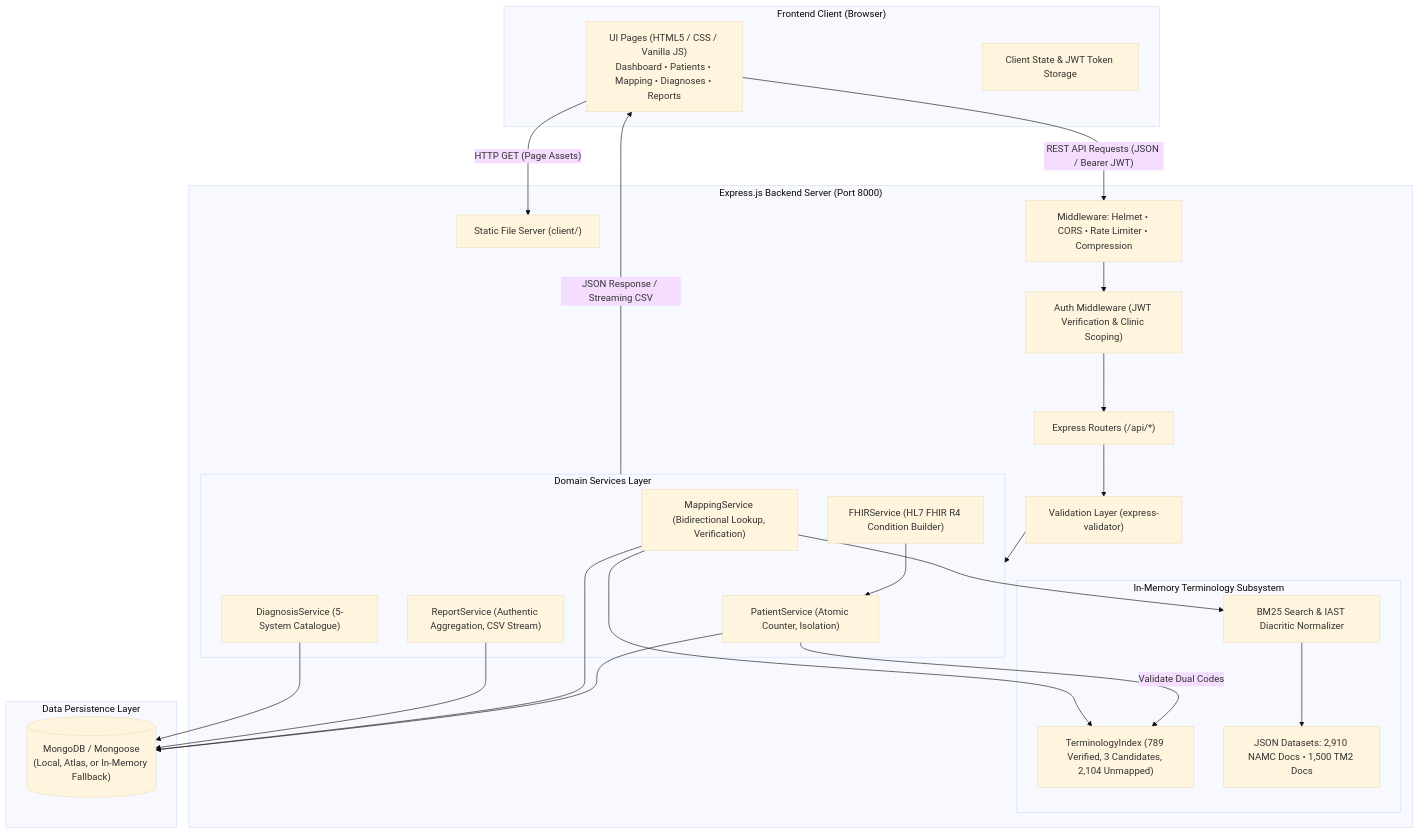
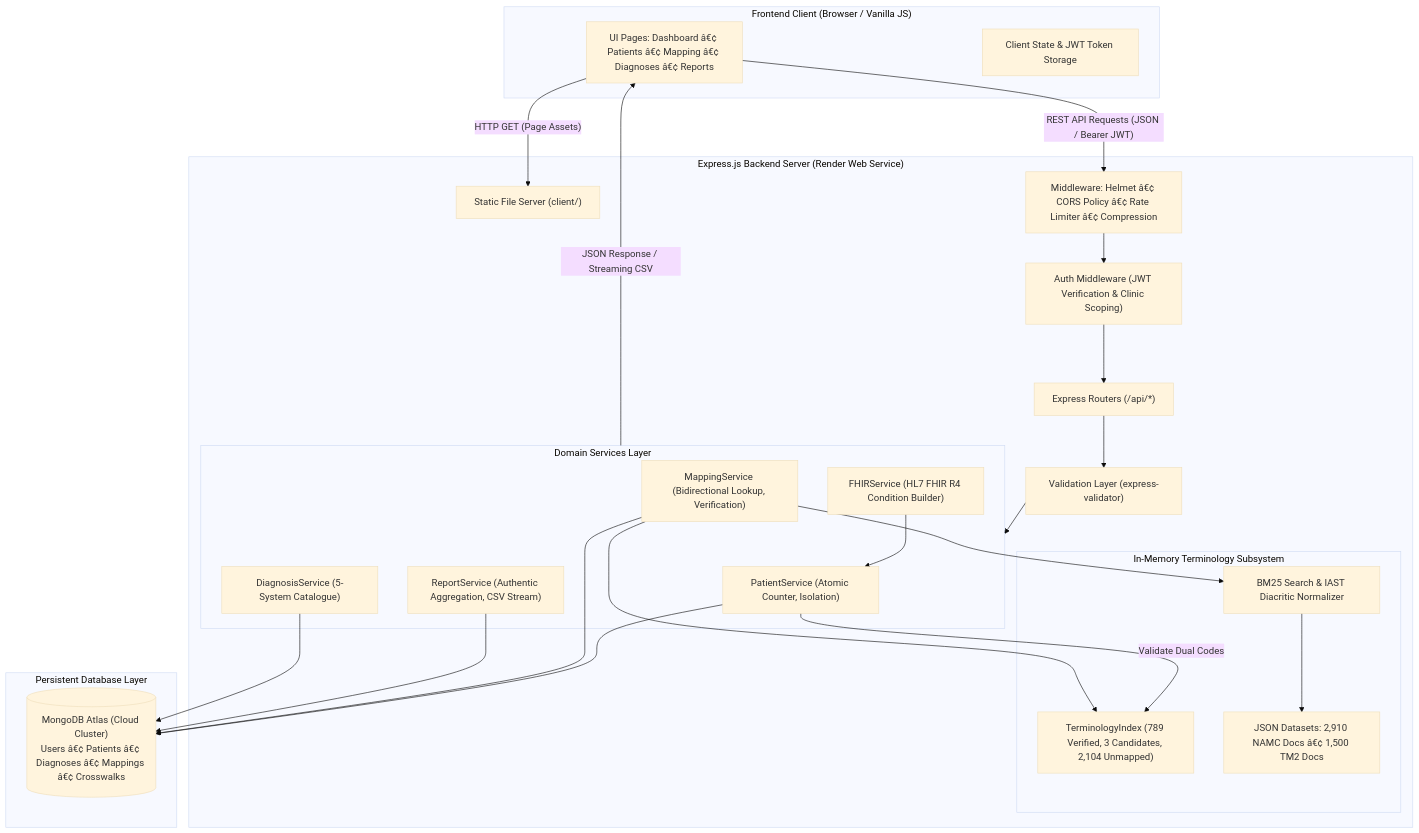
One commit to sonuprasad100e-eng/Aayush-ICD-Connect changed the diagram in README.md. Above: the diagram before and after it, drawn with Mermaid (base theme). The commit also changed other lines of this file, not shown here.

````diff
--- a/README.md
+++ b/README.md
@@ -200,52 +192,52 @@
 ```mermaid
 flowchart TD
-    subgraph Client["Frontend Client (Browser)"]
-        UI["UI Pages (HTML5 / CSS / Vanilla JS)<br/>Dashboard • Patients • Mapping • Diagnoses • Reports"]
+    subgraph Client["Frontend Client (Browser / Vanilla JS)"]
+        UI["UI Pages: Dashboard â€¢ Patients â€¢ Mapping â€¢ Diagnoses â€¢ Reports"]
         State["Client State & JWT Token Storage"]
     end
 
-    subgraph Backend["Express.js Backend Server (Port 8000)"]
+    subgraph Backend["Express.js Backend Server (Render Web Service)"]
         Static["Static File Server (client/)"]
-        Security["Middleware: Helmet • CORS • Rate Limiter • Compression"]
+        Security["Middleware: Helmet â€¢ CORS Policy â€¢ Rate Limiter â€¢ Compression"]
         AuthMiddleware["Auth Middleware (JWT Verification & Clinic Scoping)"]
         Router["Express Routers (/api/*)"]
         Validator["Validation Layer (express-validator)"]
 
         subgraph Services["Domain Services Layer"]
             PatientSvc["PatientService (Atomic Counter, Isolation)"]
             MappingSvc["MappingService (Bidirectional Lookup, Verification)"]
             ReportSvc["ReportService (Authentic Aggregation, CSV Stream)"]
             FHIRSvc["FHIRService (HL7 FHIR R4 Condition Builder)"]
             DiagSvc["DiagnosisService (5-System Catalogue)"]
         end
 
         subgraph TermEngine["In-Memory Terminology Subsystem"]
             TermIndex["TerminologyIndex (789 Verified, 3 Candidates, 2,104 Unmapped)"]
             BM25Engine["BM25 Search & IAST Diacritic Normalizer"]
-            Catalogues["JSON Datasets: 2,910 NAMC Docs • 1,500 TM2 Docs"]
+            Catalogues["JSON Datasets: 2,910 NAMC Docs â€¢ 1,500 TM2 Docs"]
         end
     end
 
-    subgraph Storage["Data Persistence Layer"]
-        DB[("MongoDB / Mongoose<br/>(Local, Atlas, or In-Memory Fallback)")]
+    subgraph Storage["Persistent Database Layer"]
+        DB[("MongoDB Atlas (Cloud Cluster)<br/>Users â€¢ Patients â€¢ Diagnoses â€¢ Mappings â€¢ Crosswalks")]
     end
 
     UI -->|"HTTP GET (Page Assets)"| Static
     UI -->|"REST API Requests (JSON / Bearer JWT)"| Security
     Security --> AuthMiddleware
     AuthMiddleware --> Router
     Router --> Validator
     Validator --> Services
 
     PatientSvc -->|"Validate Dual Codes"| TermIndex
     PatientSvc --> DB
     MappingSvc --> TermIndex
     MappingSvc --> BM25Engine
     BM25Engine --> Catalogues
     MappingSvc --> DB
     ReportSvc --> DB
     FHIRSvc --> PatientSvc
     DiagSvc --> DB
 
     Services -->|"JSON Response / Streaming CSV"| UI
 ```
````
